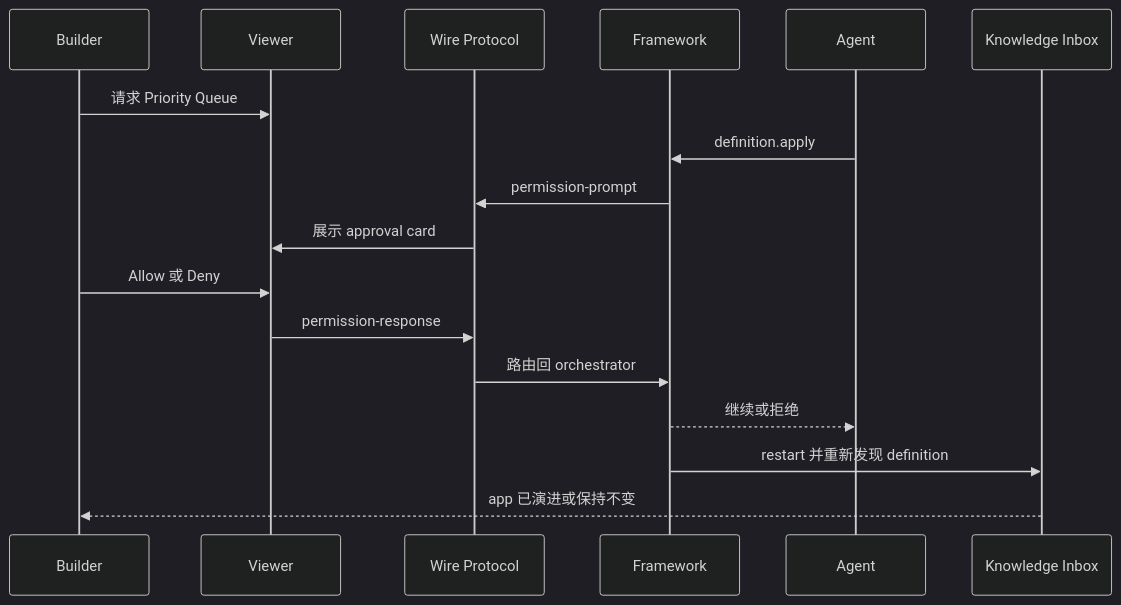
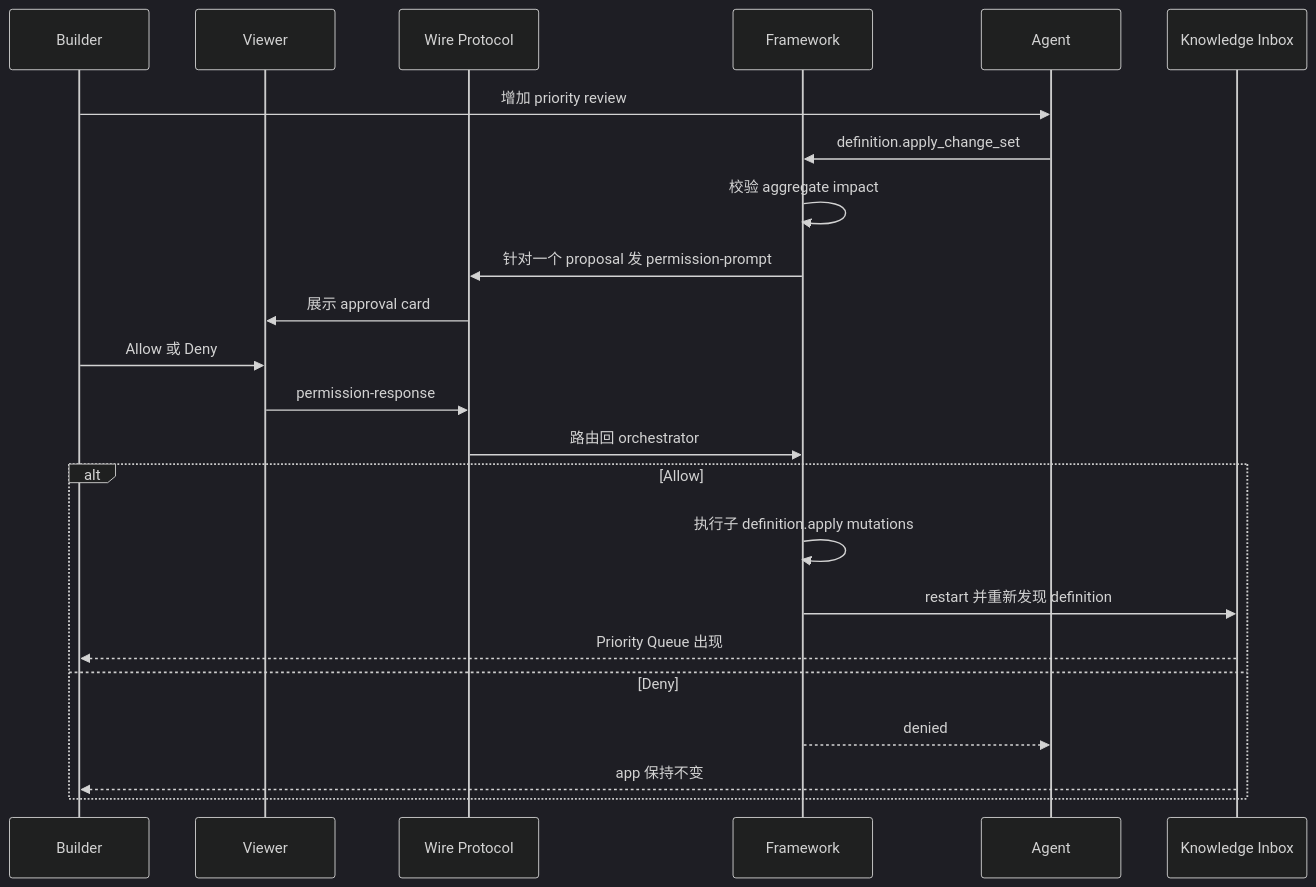
The diagram in docs/architecture/milestone-7-snapshot.zh-CN.md (pandazki/pneuma-framework), drawn with Mermaid (dark theme) before and after one commit. The commit also changed other lines of this file and 17 other files, not shown here.

````diff
--- a/docs/architecture/milestone-7-snapshot.zh-CN.md
+++ b/docs/architecture/milestone-7-snapshot.zh-CN.md
@@ -23,20 +25,26 @@
 ```mermaid
 sequenceDiagram
     participant Builder
     participant Viewer
     participant Wire as Wire Protocol
     participant Framework
     participant Agent
     participant App as Knowledge Inbox
 
-    Builder->>Viewer: 请求 Priority Queue
-    Agent->>Framework: definition.apply
-    Framework->>Wire: permission-prompt
+    Builder->>Agent: 增加 priority review
+    Agent->>Framework: definition.apply_change_set
+    Framework->>Framework: 校验 aggregate impact
+    Framework->>Wire: 针对一个 proposal 发 permission-prompt
     Wire->>Viewer: 展示 approval card
     Builder->>Viewer: Allow 或 Deny
     Viewer->>Wire: permission-response
     Wire->>Framework: 路由回 orchestrator
-    Framework-->>Agent: 继续或拒绝
-    Framework->>App: restart 并重新发现 definition
-    App-->>Builder: app 已演进或保持不变
+    alt Allow
+        Framework->>Framework: 执行子 definition.apply mutations
+        Framework->>App: restart 并重新发现 definition
+        App-->>Builder: Priority Queue 出现
+    else Deny
+        Framework-->>Agent: denied
+        App-->>Builder: app 保持不变
+    end
 ```
````
